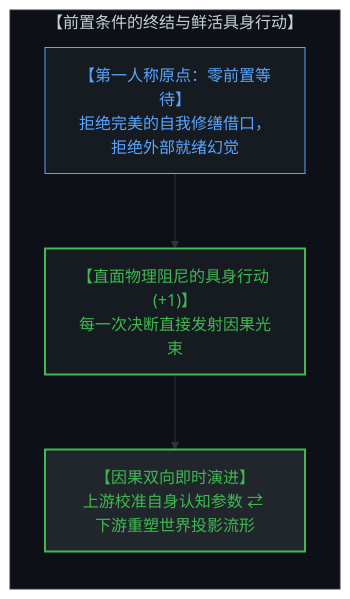
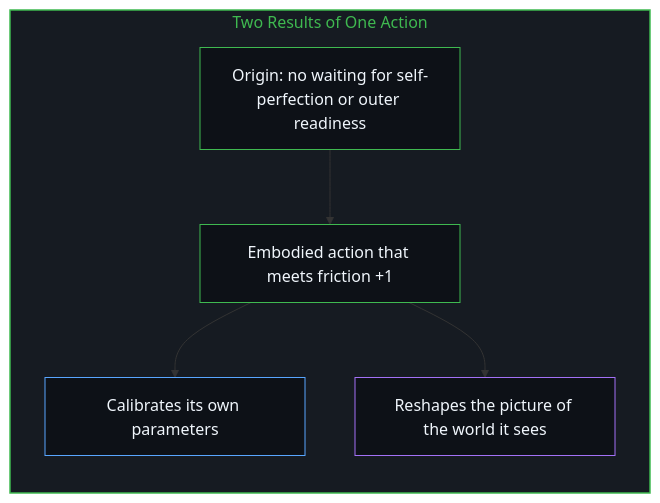
One commit to powerpig99/not-a-toe changed diagram 12 of 12 in content/posts/the-geometry-of-the-cut.md. Above: the diagram before and after it, drawn with Mermaid. The commit also changed other lines of this file and 3 other files, not shown here.

Commit message:
Refine the-geometry-of-the-cut: alternating bilingual layout, English diagram twins, first-person framing

````diff
--- a/content/posts/the-geometry-of-the-cut.md
+++ b/content/posts/the-geometry-of-the-cut.md
@@ -266,15 +317,19 @@
 ```mermaid
-graph TD
-    subgraph DeathOfPreconditions["【前置条件的终结与鲜活具身行动】"]
+flowchart TD
+    subgraph S_Action["Two Results of One Action"]
         direction TB
-        NoWaitingOrigin["【第一人称原点：零前置等待】<br>拒绝完美的自我修缮借口，拒绝外部就绪幻觉"]
-        EmbodiedAction["【直面物理阻尼的具身行动 (+1)】<br>每一次决断直接发射因果光束"]
-        SimultaneousCalibration["【因果双向即时演进】<br>上游校准自身认知参数 ⇄ 下游重塑世界投影流形"]
-        NoWaitingOrigin --> EmbodiedAction
-        EmbodiedAction --> SimultaneousCalibration
+        Start["Origin: no waiting for self-perfection or outer readiness"]
+        Step["Embodied action that meets friction +1"]
+        Calibrate["Calibrates its own parameters"]
+        Reshape["Reshapes the picture of the world it sees"]
+        Start --> Step
+        Step --> Calibrate
+        Step --> Reshape
     end
-    style DeathOfPreconditions fill:#0d1117,stroke:#30363d,stroke-width:1px,color:#c9d1d9
-    style NoWaitingOrigin fill:#161b22,stroke:#58a6ff,stroke-width:1px,color:#58a6ff
-    style EmbodiedAction fill:#161b22,stroke:#3fb950,stroke-width:2px,color:#3fb950
-    style SimultaneousCalibration fill:#21262d,stroke:#3fb950,stroke-width:2px,color:#3fb950
+
+    style S_Action fill:#161b22,stroke:#3fb950,stroke-width:1.5px,color:#3fb950
+    style Start fill:#0d1117,stroke:#3fb950,stroke-width:1px,color:#f0f6fc
+    style Step fill:#0d1117,stroke:#3fb950,stroke-width:1px,color:#f0f6fc
+    style Calibrate fill:#0d1117,stroke:#58a6ff,stroke-width:1px,color:#f0f6fc
+    style Reshape fill:#0d1117,stroke:#a371f7,stroke-width:1px,color:#f0f6fc
 ```
````
